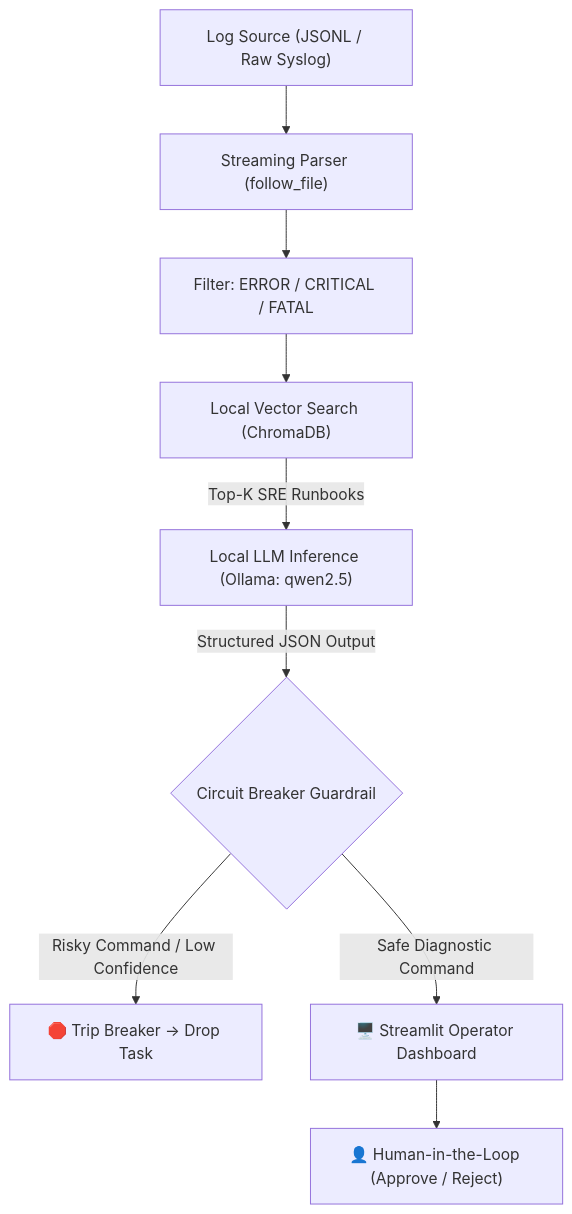
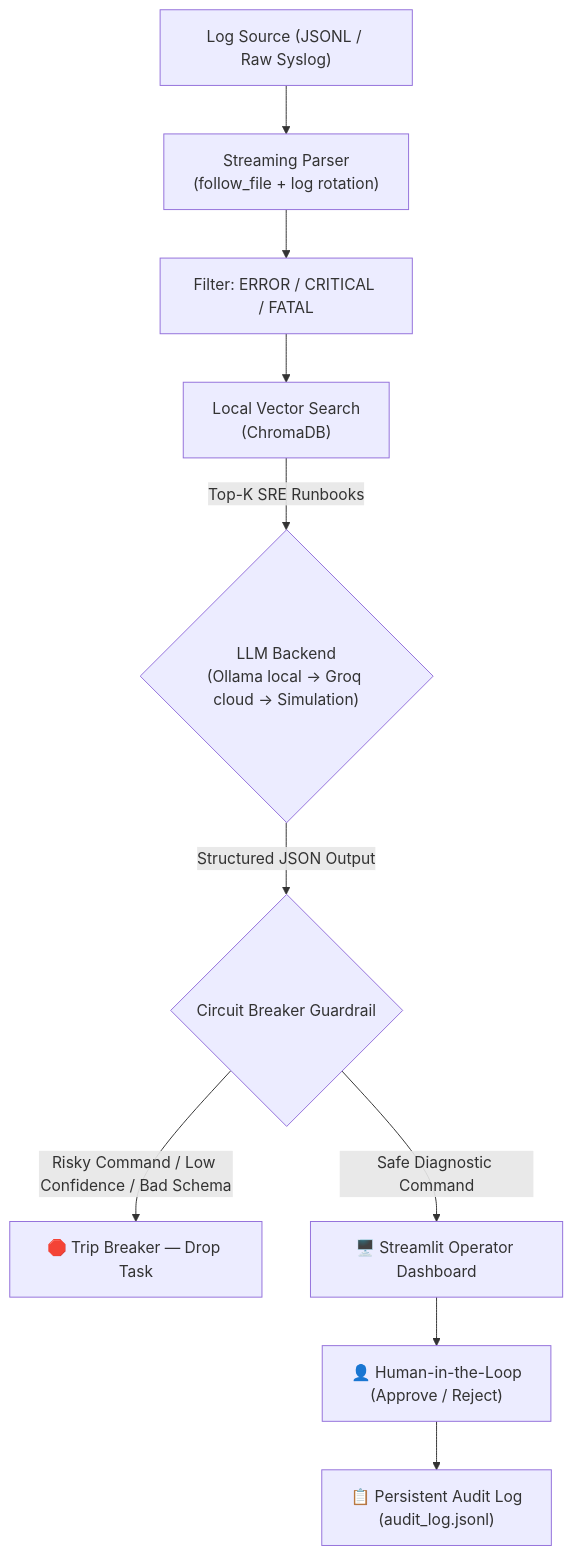
One commit to PiyushAgarwalcs/Autonomous-AlOps-Incident-Remediation-Log-Parser-Engine changed the diagram in README.md. Above: the diagram before and after it, drawn with Mermaid. The commit also changed other lines of this file, not shown here.

````diff
--- a/README.md
+++ b/README.md
@@ -25,12 +39,13 @@
 ```mermaid
 flowchart TD
-    A["Log Source (JSONL / Raw Syslog)"] --> B["Streaming Parser (follow_file)"]
+    A["Log Source (JSONL / Raw Syslog)"] --> B["Streaming Parser\n(follow_file + log rotation)"]
     B --> C["Filter: ERROR / CRITICAL / FATAL"]
-    C --> D["Local Vector Search (ChromaDB)"]
-    D -->|Top-K SRE Runbooks| E["Local LLM Inference (Ollama: qwen2.5)"]
+    C --> D["Local Vector Search\n(ChromaDB)"]
+    D -->|Top-K SRE Runbooks| E{"LLM Backend\n(Ollama local → Groq cloud → Simulation)"}
     E -->|Structured JSON Output| F{"Circuit Breaker Guardrail"}
-    
-    F -->|Risky Command / Low Confidence| G["🛑 Trip Breaker -> Drop Task"]
+
+    F -->|Risky Command / Low Confidence / Bad Schema| G["🛑 Trip Breaker — Drop Task"]
     F -->|Safe Diagnostic Command| H["🖥️ Streamlit Operator Dashboard"]
-    H --> I["👤 Human-in-the-Loop (Approve / Reject)"]
+    H --> I["👤 Human-in-the-Loop\n(Approve / Reject)"]
+    I --> J["📋 Persistent Audit Log\n(audit_log.jsonl)"]
 ```
````
